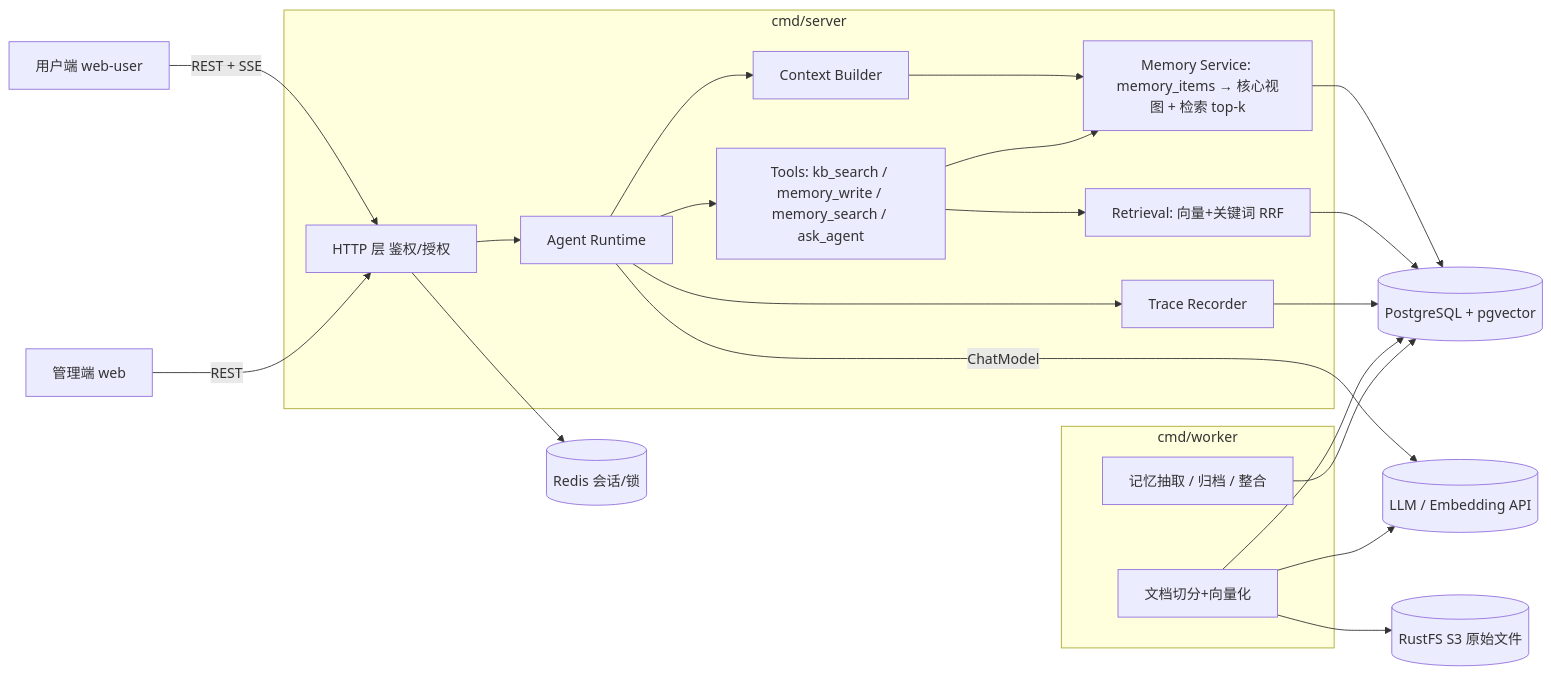
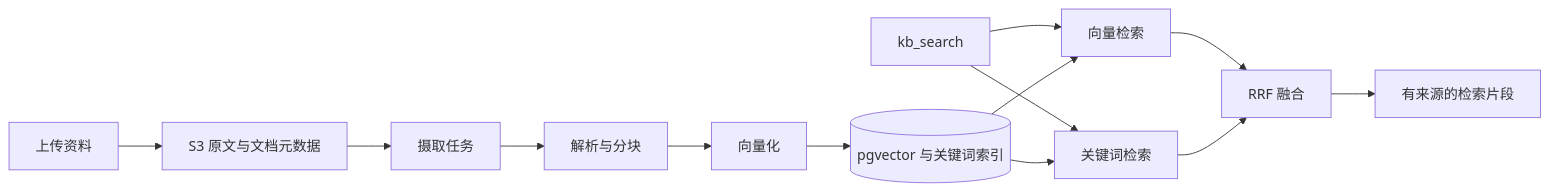
Before and after one commit to Lq0412/xa: the diagram in docs/blueprint.md, drawn with Mermaid. The commit also changed other lines of this file and 15 other files, not shown here.

````diff
--- a/docs/blueprint.md
+++ b/docs/blueprint.md
@@ -672,27 +56,15 @@
 ```mermaid
 flowchart LR
-  U[用户端 web-user] -->|REST + SSE| API
-  A[管理端 web] -->|REST| API
-  subgraph Server[cmd/server]
-    API[HTTP 层 鉴权/授权] --> RT[Agent Runtime]
-    RT --> CB[Context Builder]
-    RT --> TL[Tools: kb_search / memory_write / memory_search / ask_agent]
-    CB --> MEM[Memory Service: memory_items → 核心视图 + 检索 top-k]
-    TL --> MEM
-    TL --> RAG[Retrieval: 向量+关键词 RRF]
-    RT --> TR[Trace Recorder]
-  end
-  subgraph Worker[cmd/worker]
-    ING[文档切分+向量化]
-    CMP[记忆抽取 / 归档 / 整合]
-  end
-  RT -->|ChatModel| LLM[(LLM / Embedding API)]
-  ING --> LLM
-  MEM --> PG[(PostgreSQL + pgvector)]
-  RAG --> PG
-  TR --> PG
-  ING --> PG
-  CMP --> PG
-  API --> R[(Redis 会话/锁)]
-  ING --> S3[(RustFS S3 原始文件)]
+  U[上传资料] --> S[S3 原文与文档元数据]
+  S --> J[摄取任务]
+  J --> P[解析与分块]
+  P --> E[向量化]
+  E --> DB[(pgvector 与关键词索引)]
+  Q[kb_search] --> V[向量检索]
+  Q --> K[关键词检索]
+  DB --> V
+  DB --> K
+  V --> R[RRF 融合]
+  K --> R
+  R --> T[有来源的检索片段]
 ```
````
